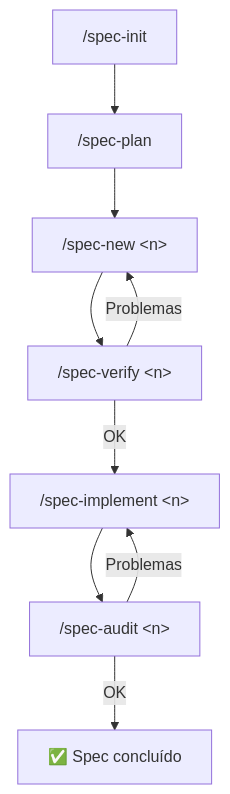
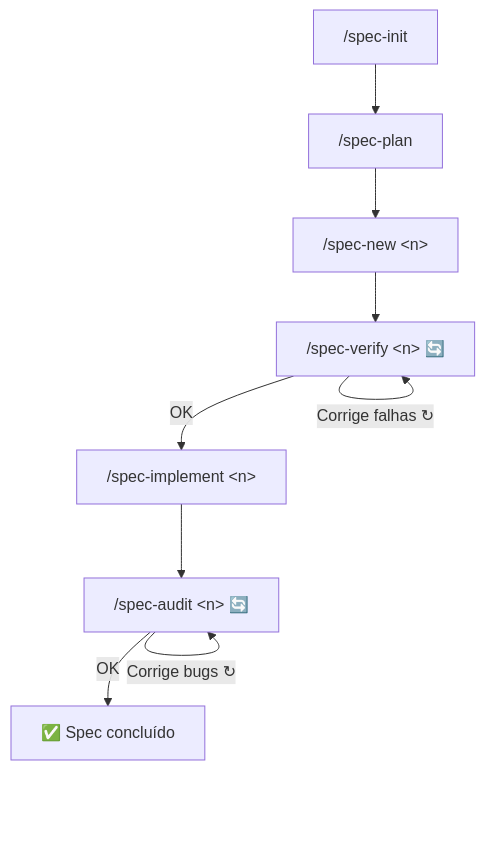
Before and after one commit to andrelncampos/dscode-public: the third of 3 diagrams in README.md, drawn with Mermaid. The commit also changed other lines of this file and 21 other files, not shown here.

````diff
--- a/README.md
+++ b/README.md
@@ -375,11 +393,11 @@
 ```mermaid
 flowchart TD
     INIT["/spec-init"] --> PLAN["/spec-plan"]
     PLAN --> NEW["/spec-new &lt;n&gt;"]
-    NEW --> VERIFY["/spec-verify &lt;n&gt;"]
+    NEW --> VERIFY["/spec-verify &lt;n&gt; 🔄"]
     VERIFY -->|OK| IMPL["/spec-implement &lt;n&gt;"]
-    VERIFY -->|Problemas| NEW
-    IMPL --> AUDIT["/spec-audit &lt;n&gt;"]
+    VERIFY -->|"Corrige falhas ↻"| VERIFY
+    IMPL --> AUDIT["/spec-audit &lt;n&gt; 🔄"]
     AUDIT -->|OK| DONE[✅ Spec concluído]
-    AUDIT -->|Problemas| IMPL
+    AUDIT -->|"Corrige bugs ↻"| AUDIT
 ```
````
